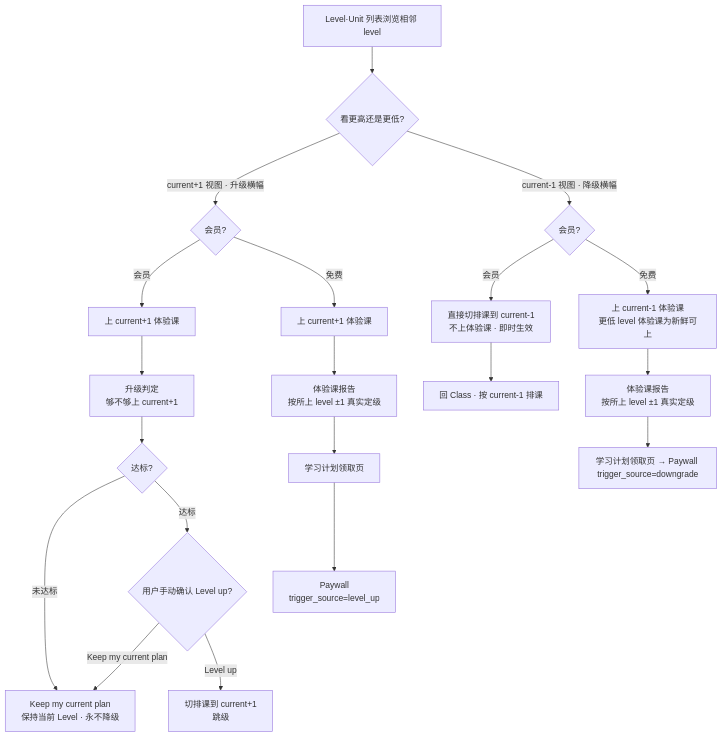
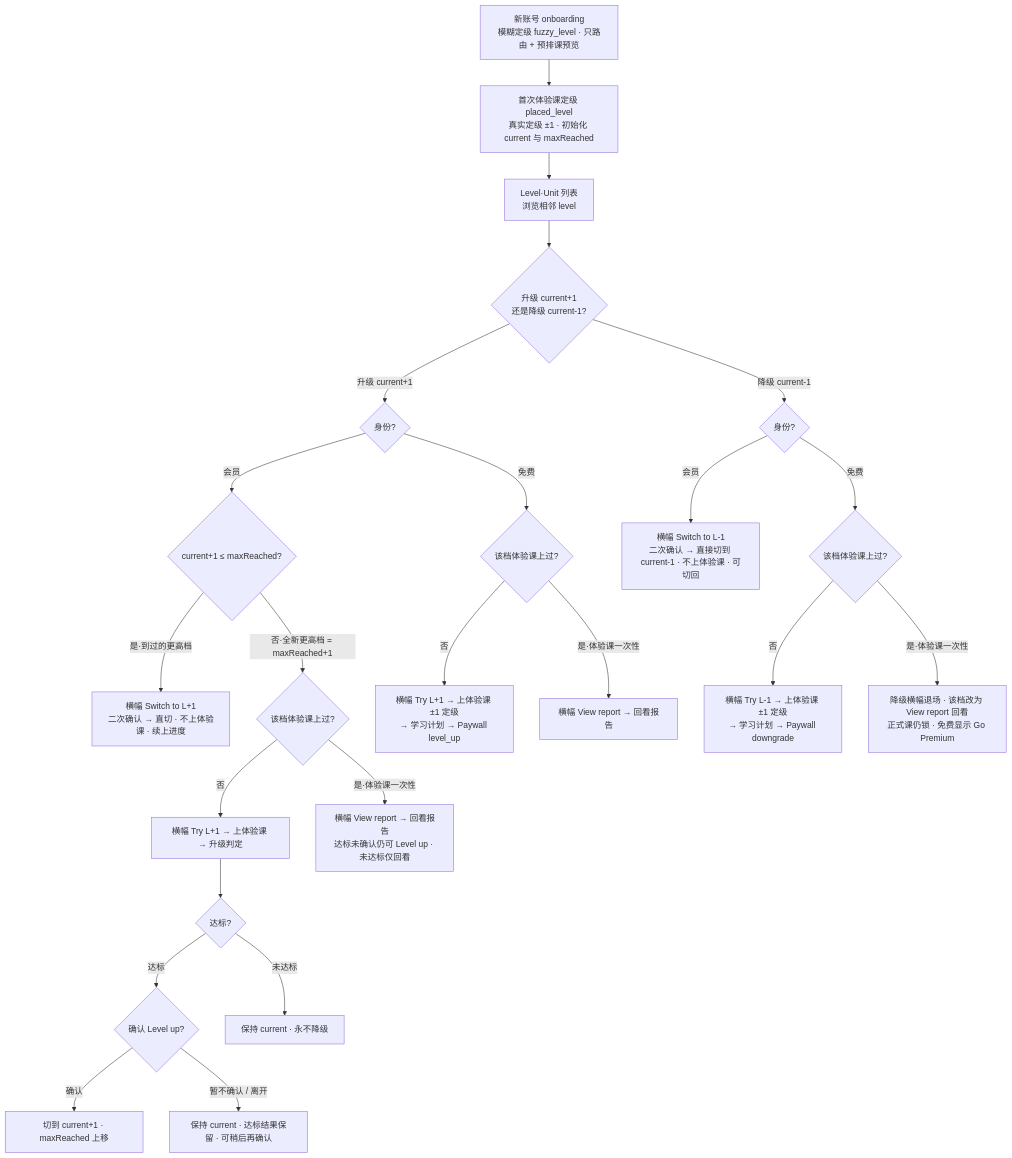
One commit to cyanlee888/cyan changed the first of 2 diagrams in V1.3.1-产品需求文档-PRD.md. Above: the diagram before and after it, drawn with Mermaid. The commit also changed other lines of this file and 2 other files, not shown here.

First line of the commit message:
V1.3.1: 升降级最简模型(maxReached/直切续上/一次校准) + paywall真实价主视觉·Yearly + Level卡三态

````diff
--- a/V1.3.1-产品需求文档-PRD.md
+++ b/V1.3.1-产品需求文档-PRD.md
@@ -113,24 +152,29 @@
 ```mermaid
 flowchart TB
-  Start[Level·Unit 列表浏览相邻 level] --> Dir{看更高还是更低?}
+  OB[新账号 onboarding<br/>模糊定级 fuzzy_level · 只路由 + 预排课预览] --> Place[首次体验课定级 placed_level<br/>真实定级 ±1 · 初始化 current 与 maxReached]
+  Place --> List[Level·Unit 列表<br/>浏览相邻 level]
+  List --> Dir{升级 current+1<br/>还是降级 current-1?}
 
-  Dir -->|current+1 视图 · 升级横幅| Up{会员?}
-  Up -->|会员| UpTrialM[上 current+1 体验课]
-  Up -->|免费| UpTrialF[上 current+1 体验课]
-  UpTrialM --> UpReport[升级判定<br/>够不够上 current+1]
-  UpReport --> Cmp{达标?}
-  Cmp -->|未达标| Keep[Keep my current plan<br/>保持当前 Level · 永不降级]
-  Cmp -->|达标| Confirm{用户手动确认 Level up?}
-  Confirm -->|Keep my current plan| Keep
-  Confirm -->|Level up| UpdatePlanM[切排课到 current+1<br/>跳级]
-  UpTrialF --> UpReportF[体验课报告<br/>按所上 level ±1 真实定级]
-  UpReportF --> StudyPlanUp[学习计划领取页]
-  StudyPlanUp --> PaywallUp[Paywall<br/>trigger_source=level_up]
+  %% ===== 升级 current+1 =====
+  Dir -->|升级 current+1| Up{身份?}
+  Up -->|会员| UpM{current+1 ≤ maxReached?}
+  UpM -->|是·到过的更高档| UpBack[横幅 Switch to L+1<br/>二次确认 → 直切 · 不上体验课 · 续上进度]
+  UpM -->|否·全新更高档 = maxReached+1| UpNew{该档体验课上过?}
+  UpNew -->|否| UpTrial[横幅 Try L+1 → 上体验课 → 升级判定]
+  UpTrial --> Judge{达标?}
+  Judge -->|达标| Confirm{确认 Level up?}
+  Confirm -->|确认| UpDone[切到 current+1 · maxReached 上移]
+  Confirm -->|暂不确认 / 离开| UpHold[保持 current · 达标结果保留 · 可稍后再确认]
+  Judge -->|未达标| UpKeep[保持 current · 永不降级]
+  UpNew -->|是·体验课一次性| UpView[横幅 View report → 回看报告<br/>达标未确认仍可 Level up · 未达标仅回看]
+  Up -->|免费| UpF{该档体验课上过?}
+  UpF -->|否| UpFTry[横幅 Try L+1 → 上体验课 ±1 定级<br/>→ 学习计划 → Paywall level_up]
+  UpF -->|是·体验课一次性| UpFView[横幅 View report → 回看报告]
 
-  Dir -->|current-1 视图 · 降级横幅| Down{会员?}
-  Down -->|会员| DownDirect[直接切排课到 current-1<br/>不上体验课 · 即时生效]
-  Down -->|免费| DownTrialF[上 current-1 体验课<br/>更低 level 体验课为新鲜可上]
-  DownTrialF --> DownReport[体验课报告<br/>按所上 level ±1 真实定级]
-  DownReport --> StudyPlan[学习计划领取页 → Paywall trigger_source=downgrade]
-  DownDirect --> Class2[回 Class · 按 current-1 排课]
+  %% ===== 降级 current-1 =====
+  Dir -->|降级 current-1| Down{身份?}
+  Down -->|会员| DownM[横幅 Switch to L-1<br/>二次确认 → 直接切到 current-1 · 不上体验课 · 可切回]
+  Down -->|免费| DownF{该档体验课上过?}
+  DownF -->|否| DownFTry[横幅 Try L-1 → 上体验课 ±1 定级<br/>→ 学习计划 → Paywall downgrade]
+  DownF -->|是·体验课一次性| DownFView[降级横幅退场 · 该档改为 View report 回看<br/>正式课仍锁 · 免费显示 Go Premium]
 ```
````
